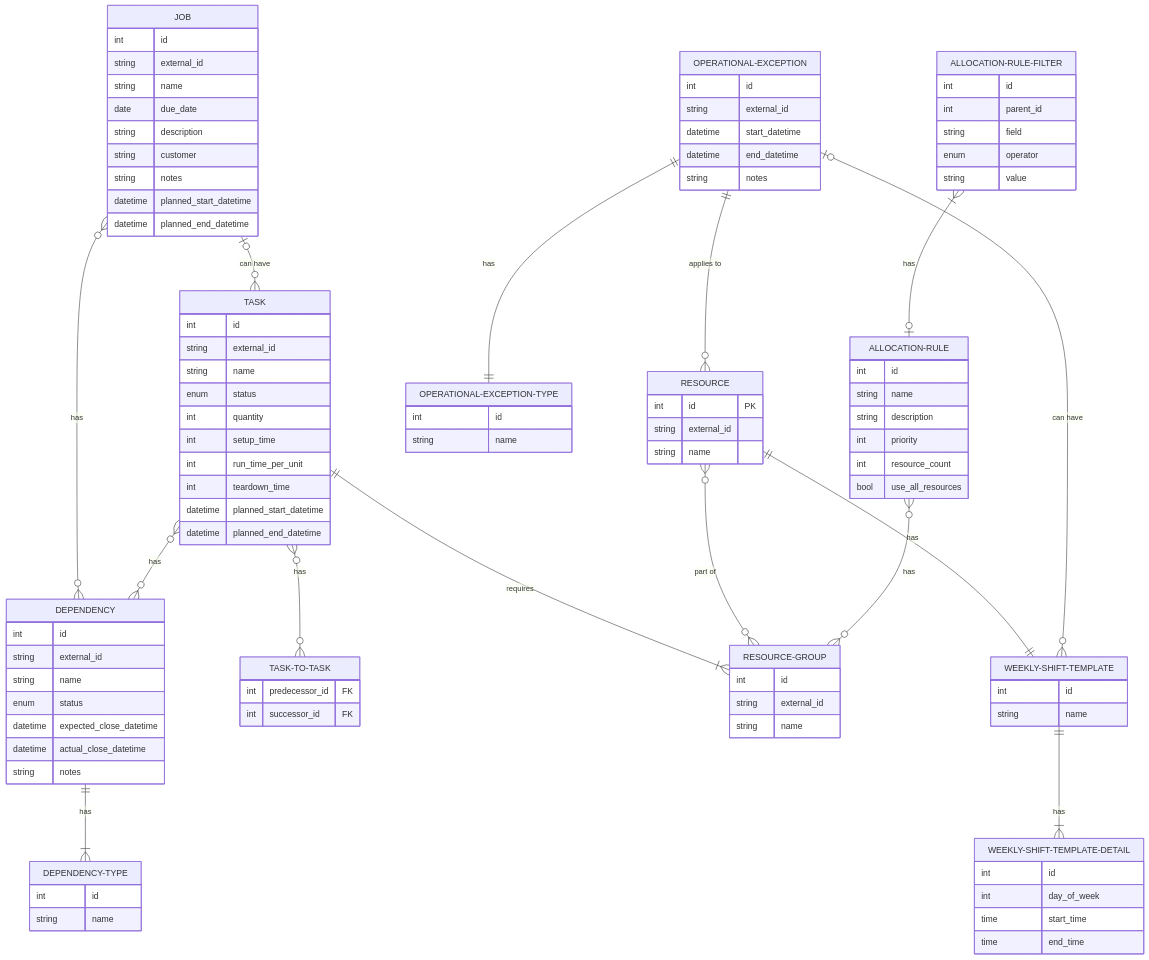
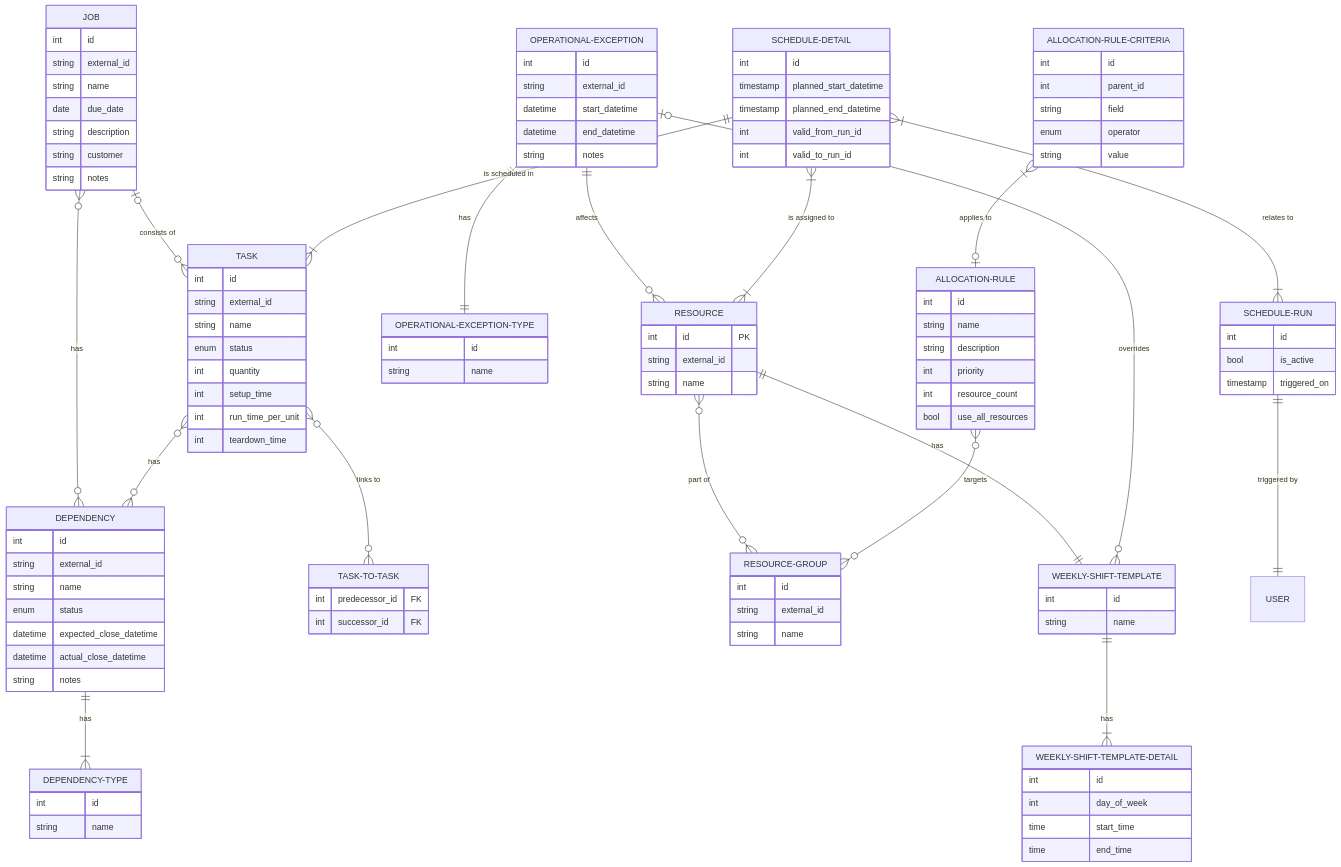
One commit to factryflow/factryflow-archive changed the diagram in docs/er-diagram.md. Above: the diagram before and after it, drawn with Mermaid.

````diff
--- a/docs/er-diagram.md
+++ b/docs/er-diagram.md
@@ -3,6 +3,7 @@
 ``` mermaid
+
 erDiagram
-    JOB |o--o{ TASK : "can have"
+    JOB |o--o{ TASK : "consists of"
     JOB }o--o{ DEPENDENCY: "has"
     JOB {
         int id
@@ -12,12 +13,9 @@
         string description
         string customer
         string notes
-        datetime planned_start_datetime
-        datetime planned_end_datetime
     }
     TASK }o--o{ DEPENDENCY : "has"
-    TASK }o--o{ TASK-TO-TASK : "has"
-    TASK ||--|{ RESOURCE-GROUP : "requires"
+    TASK }o--o{ TASK-TO-TASK : "links to"
     TASK {
         int id
         string external_id
@@ -27,8 +25,6 @@
         int setup_time
         int run_time_per_unit
         int teardown_time
-        datetime planned_start_datetime
-        datetime planned_end_datetime
     }
     TASK-TO-TASK {
         int predecessor_id FK
@@ -75,8 +71,8 @@
         time end_time
     }
 
-    OPERATIONAL-EXCEPTION ||--o{ RESOURCE: "applies to"
-    OPERATIONAL-EXCEPTION |o--o{ WEEKLY-SHIFT-TEMPLATE: "can have"
+    OPERATIONAL-EXCEPTION ||--o{ RESOURCE: "affects"
+    OPERATIONAL-EXCEPTION |o--o{ WEEKLY-SHIFT-TEMPLATE: "overrides"
     OPERATIONAL-EXCEPTION ||--|| OPERATIONAL-EXCEPTION-TYPE: "has"
     OPERATIONAL-EXCEPTION {
         int id
@@ -91,7 +87,7 @@
         string name
     }
 
-    ALLOCATION-RULE }o--o{ RESOURCE-GROUP: has
+    ALLOCATION-RULE }o--o{ RESOURCE-GROUP: "targets"
     ALLOCATION-RULE {
         int id
         string name
@@ -101,12 +97,30 @@
         bool use_all_resources
     }
 
-    ALLOCATION-RULE-FILTER }| -- o| ALLOCATION-RULE: has
-    ALLOCATION-RULE-FILTER {
+    ALLOCATION-RULE-CRITERIA }| -- o| ALLOCATION-RULE: "applies to"
+    ALLOCATION-RULE-CRITERIA {
         int id
         int parent_id
         string field
         enum operator
         string value
     }
+
+    SCHEDULE-RUN || -- || USER: "triggered by"
+    SCHEDULE-RUN {
+        int id
+        bool is_active
+        timestamp triggered_on
+    }
+
+    SCHEDULE-DETAIL }| -- |{ SCHEDULE-RUN: "relates to"
+    SCHEDULE-DETAIL || -- |{ TASK: "is scheduled in"
+    SCHEDULE-DETAIL }| -- |{ RESOURCE: "is assigned to"
+    SCHEDULE-DETAIL {
+        int id
+        timestamp planned_start_datetime
+        timestamp planned_end_datetime
+        int valid_from_run_id
+        int valid_to_run_id
+    }
 ```
````
